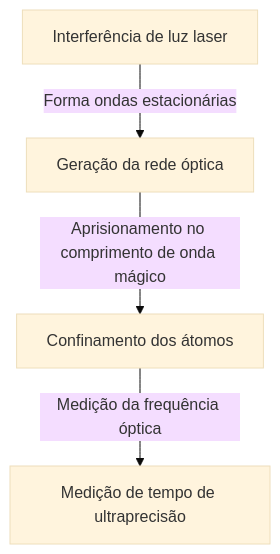
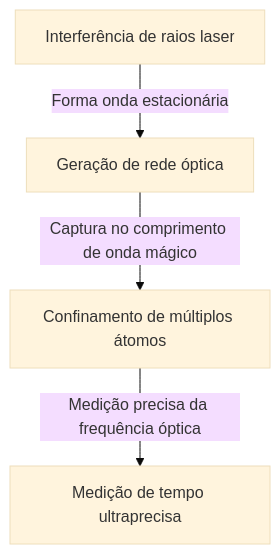
One commit to kenjinote/blog changed the third of 3 diagrams in content/post/history-of-timekeeping-technology/index.pt.md. Above: the diagram before and after it, drawn with Mermaid (base theme). The commit also changed other lines of this file and 129 other files, not shown here.

````diff
--- a/content/post/history-of-timekeeping-technology/index.pt.md
+++ b/content/post/history-of-timekeeping-technology/index.pt.md
@@ -67,6 +85,6 @@
 ```mermaid
 graph TD
-    A["Interferência de luz laser"] -- "Forma ondas estacionárias" --> B["Geração da rede óptica"]
-    B -- "Aprisionamento no comprimento de onda mágico" --> C["Confinamento dos átomos"]
-    C -- "Medição da frequência óptica" --> D["Medição de tempo de ultraprecisão"]
+    A["Interferência de raios laser"] -- "Forma onda estacionária" --> B["Geração de rede óptica"]
+    B -- "Captura no comprimento de onda mágico" --> C["Confinamento de múltiplos átomos"]
+    C -- "Medição precisa da frequência óptica" --> D["Medição de tempo ultraprecisa"]
 ```
````
